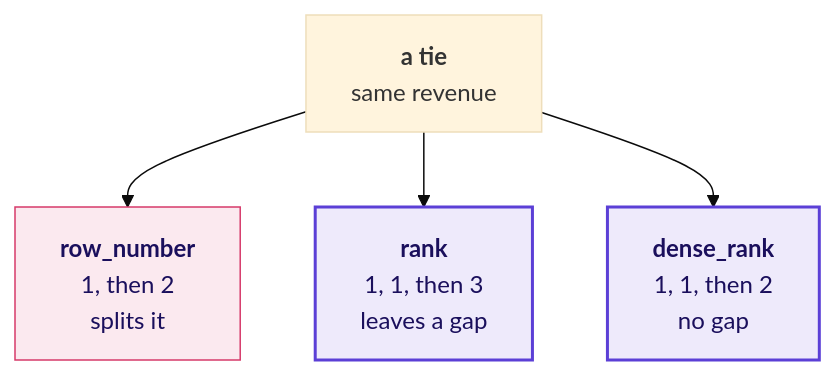
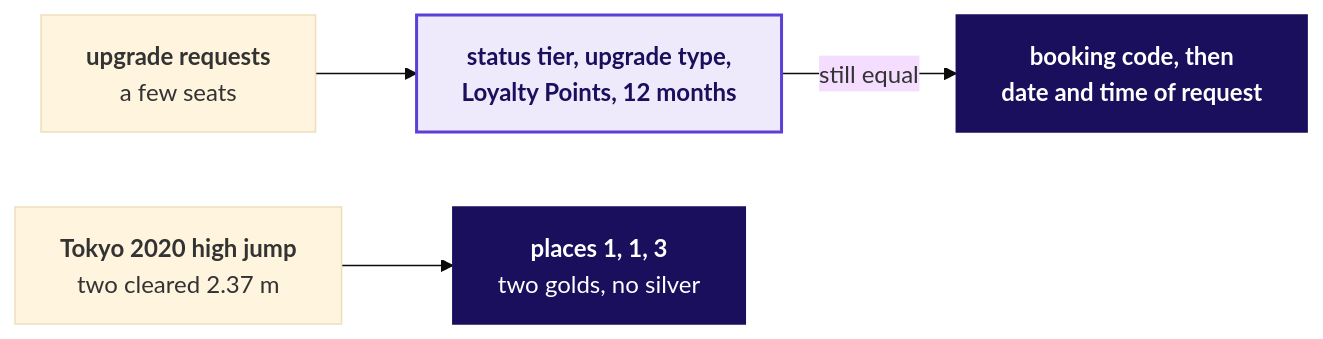
One commit to fde-academy-lab/c2-content-factory changed diagram 11 of 20 in content/W02/D3/slides/C2_W02_D03_half1_STUDENT.md. Above: the diagram before and after it, drawn with Mermaid (base theme). The commit also changed other lines of this file and 3 other files, not shown here.

````diff
--- a/content/W02/D3/slides/C2_W02_D03_half1_STUDENT.md
+++ b/content/W02/D3/slides/C2_W02_D03_half1_STUDENT.md
@@ -453,10 +806,10 @@
 ```mermaid
-flowchart TB
-    T["<b>a tie</b><br/>same revenue"] --> R1["<b>row_number</b><br/>1, then 2<br/>splits it"]
-    T --> R2["<b>rank</b><br/>1, 1, then 3<br/>leaves a gap"]
-    T --> R3["<b>dense_rank</b><br/>1, 1, then 2<br/>no gap"]
-    classDef bad fill:#FBE9EF,stroke:#D63A6A,color:#1A0F5C
+flowchart LR
+    U["<b>upgrade requests</b><br/>a few seats"] --> T["<b>status tier, upgrade type,<br/>Loyalty Points, 12 months</b>"]
+    T -->|"still equal"| K["<b>booking code, then<br/>date and time of request</b>"]
+    J["<b>Tokyo 2020 high jump</b><br/>two cleared 2.37 m"] --> R["<b>places 1, 1, 3</b><br/>two golds, no silver"]
+    classDef bet fill:#1A0F5C,stroke:#1A0F5C,color:#FFFFFF
     classDef known fill:#EEEAFB,stroke:#5B3FD6,color:#1A0F5C,stroke-width:2px
-    class R1 bad
-    class R2,R3 known
+    class K,R bet
+    class T known
 ```
````
